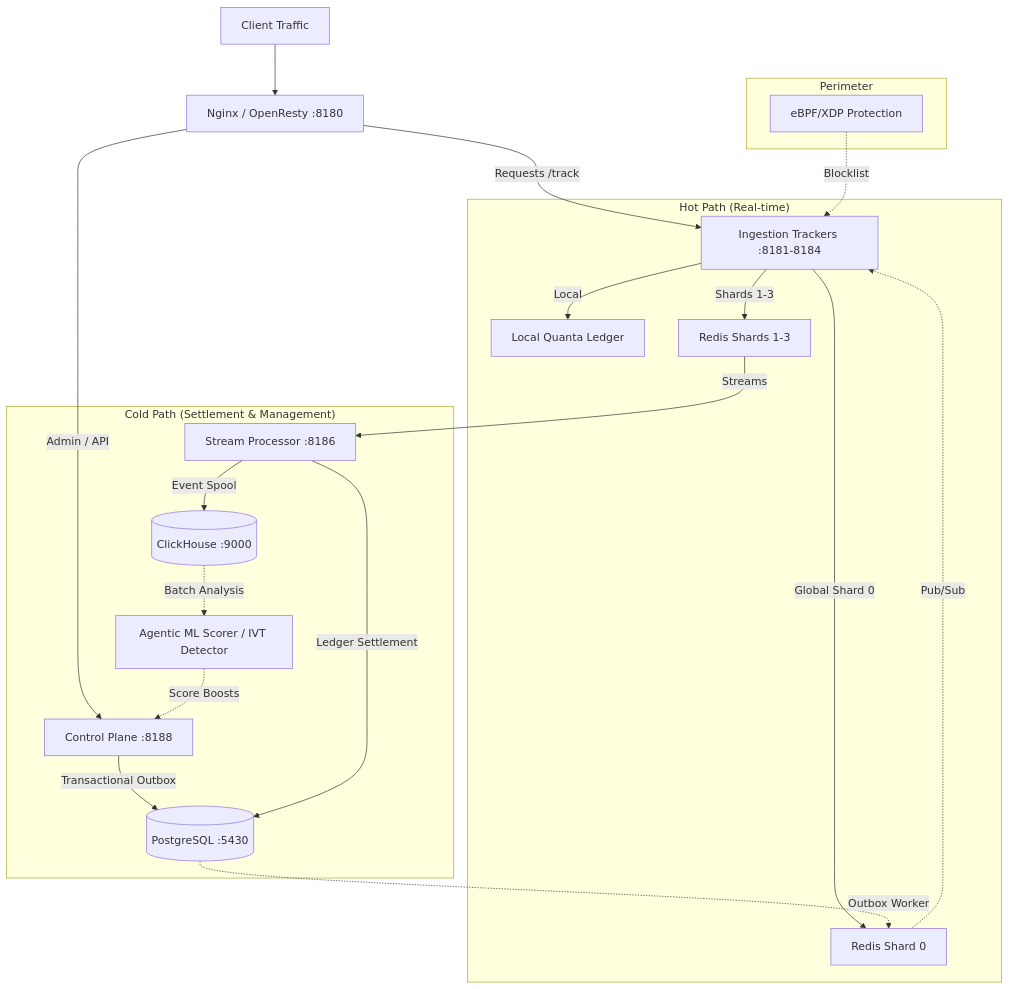
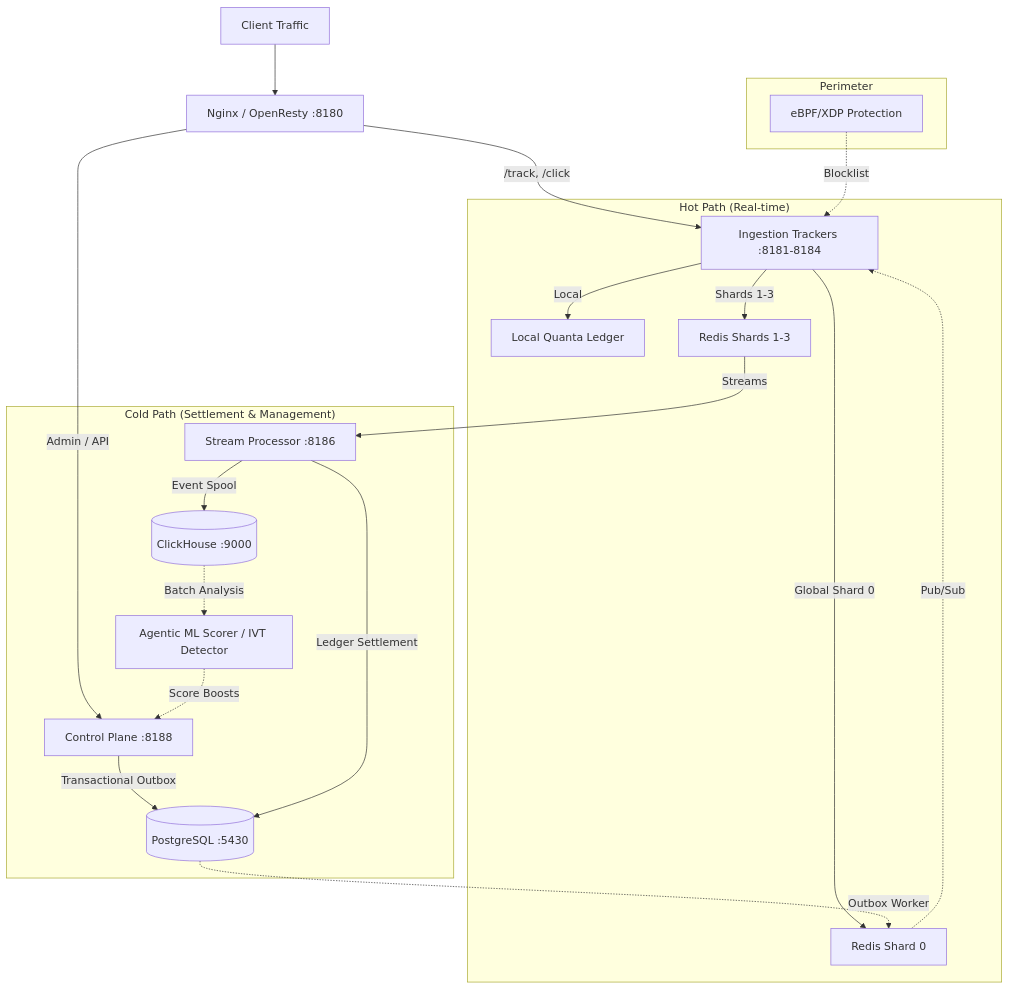
Before and after one commit to mykhailov-ua/ad-event-processor: the first of 3 diagrams in docs/ARCHITECTURE.md, drawn with Mermaid. The commit also changed other lines of this file and 2 other files, not shown here.

````diff
--- a/docs/ARCHITECTURE.md
+++ b/docs/ARCHITECTURE.md
@@ -11,29 +11,29 @@
 ```mermaid
 graph TD
     Client[Client Traffic] --> Nginx[Nginx / OpenResty :8180]
-    Nginx -->|Requests /track| Tracker[Ingestion Trackers :8181-8184]
+    Nginx -->|/track, /click| Tracker[Ingestion Trackers :8181-8184]
     Nginx -->|Admin / API| Control[Control Plane :8188]
 
     subgraph "Hot Path (Real-time)"
         Tracker -->|Local| Quanta[Local Quanta Ledger]
         Tracker -->|Global Shard 0| Redis0[Redis Shard 0]
         Tracker -->|Shards 1-3| RedisN[Redis Shards 1-3]
         Redis0 -.->|Pub/Sub| Tracker
     end
 
     subgraph "Cold Path (Settlement & Management)"
         Control -->|Transactional Outbox| PG[(PostgreSQL :5430)]
         PG -.->|Outbox Worker| Redis0
         
         RedisN -->|Streams| Processor[Stream Processor :8186]
         Processor -->|Ledger Settlement| PG
         Processor -->|Event Spool| CH[(ClickHouse :9000)]
         
         CH -.->|Batch Analysis| Scorer[Agentic ML Scorer / IVT Detector]
         Scorer -.->|Score Boosts| Control
     end
 
     subgraph "Perimeter"
         XDP[eBPF/XDP Protection] -.->|Blocklist| Tracker
     end
 ```
````
